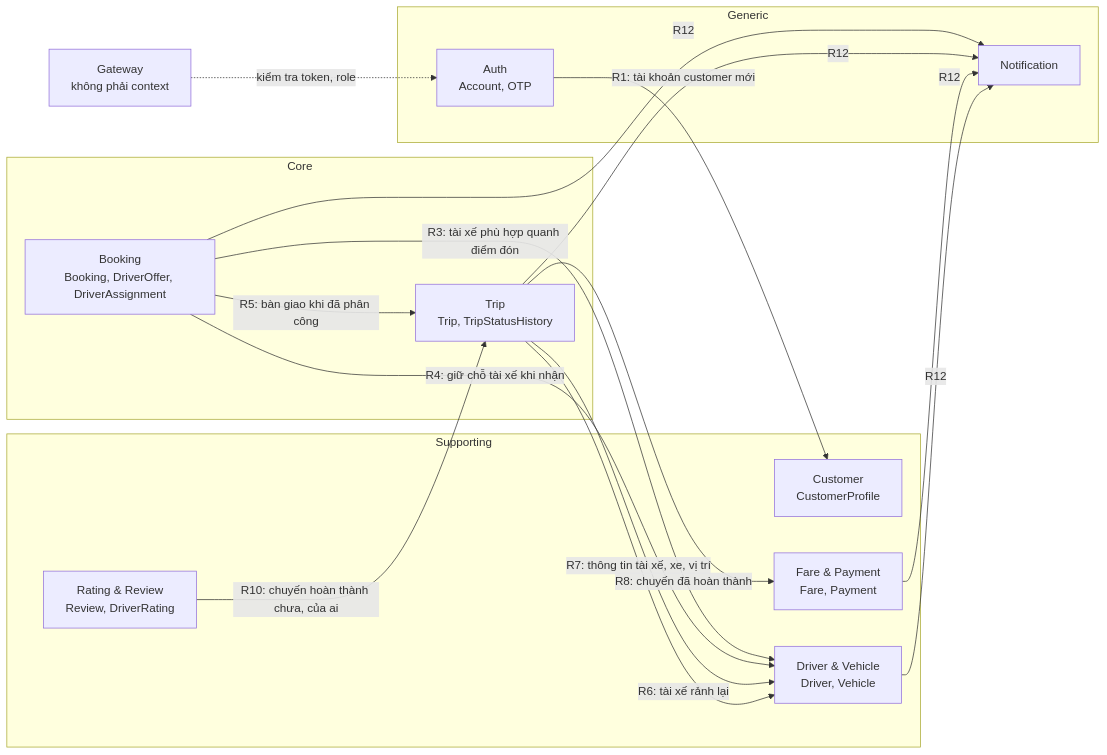
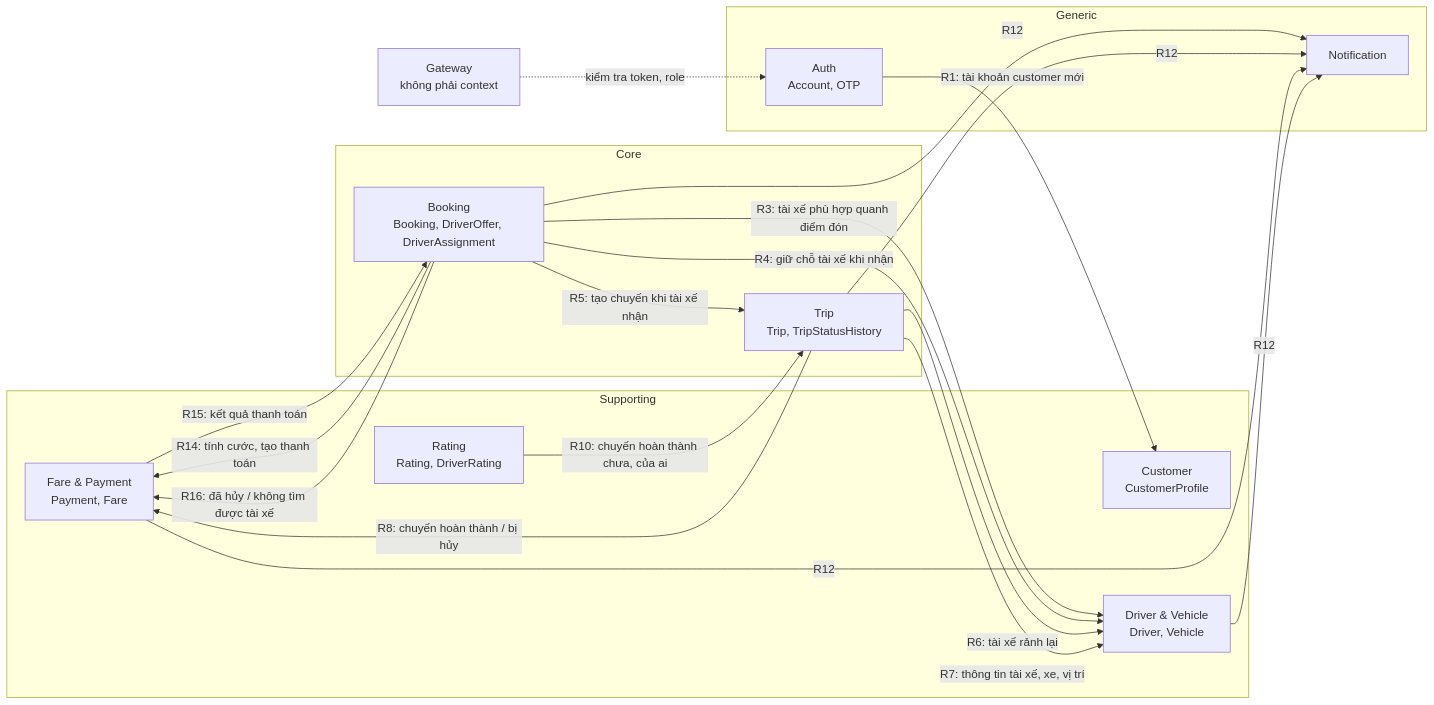
The first of 5 diagrams in docs/design/01-bounded-contexts.md (nghuuduc21/23699411_NguyenHuuDuc_CabSystem), drawn with Mermaid before and after one commit. The commit also changed other lines of this file and 13 other files, not shown here.

````diff
--- a/docs/design/01-bounded-contexts.md
+++ b/docs/design/01-bounded-contexts.md
@@ -78,33 +99,36 @@
 ```mermaid
 flowchart LR
   GW[Gateway<br/>không phải context]
 
   subgraph Generic
     AUTH[Auth<br/>Account, OTP]
     NOTI[Notification]
   end
   subgraph Supporting
     CUS[Customer<br/>CustomerProfile]
     DRV[Driver & Vehicle<br/>Driver, Vehicle]
-    PAY[Fare & Payment<br/>Fare, Payment]
-    REV[Rating & Review<br/>Review, DriverRating]
+    PAY[Fare & Payment<br/>Payment, Fare]
+    RAT[Rating<br/>Rating, DriverRating]
   end
   subgraph Core
     BK[Booking<br/>Booking, DriverOffer, DriverAssignment]
     TRIP[Trip<br/>Trip, TripStatusHistory]
   end
 
   GW -. kiểm tra token, role .-> AUTH
   AUTH -- R1: tài khoản customer mới --> CUS
   BK -- R3: tài xế phù hợp quanh điểm đón --> DRV
   BK -- R4: giữ chỗ tài xế khi nhận --> DRV
-  BK -- R5: bàn giao khi đã phân công --> TRIP
+  BK -- R14: tính cước, tạo thanh toán --> PAY
+  PAY -- R15: kết quả thanh toán --> BK
+  BK -- R16: đã hủy / không tìm được tài xế --> PAY
+  BK -- R5: tạo chuyến khi tài xế nhận --> TRIP
   TRIP -- R6: tài xế rảnh lại --> DRV
   TRIP -- R7: thông tin tài xế, xe, vị trí --> DRV
-  TRIP -- R8: chuyến đã hoàn thành --> PAY
-  REV -- R10: chuyến hoàn thành chưa, của ai --> TRIP
+  TRIP -- R8: chuyến hoàn thành / bị hủy --> PAY
+  RAT -- R10: chuyến hoàn thành chưa, của ai --> TRIP
   BK -- R12 --> NOTI
   TRIP -- R12 --> NOTI
   PAY -- R12 --> NOTI
   DRV -- R12 --> NOTI
 ```
````
